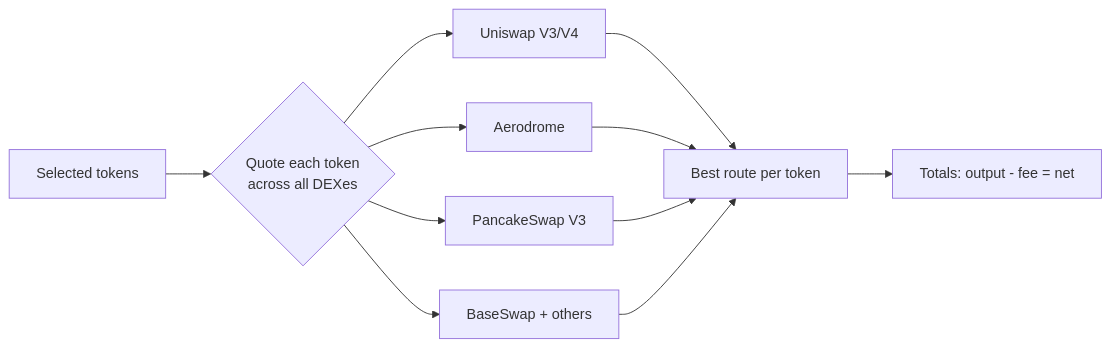
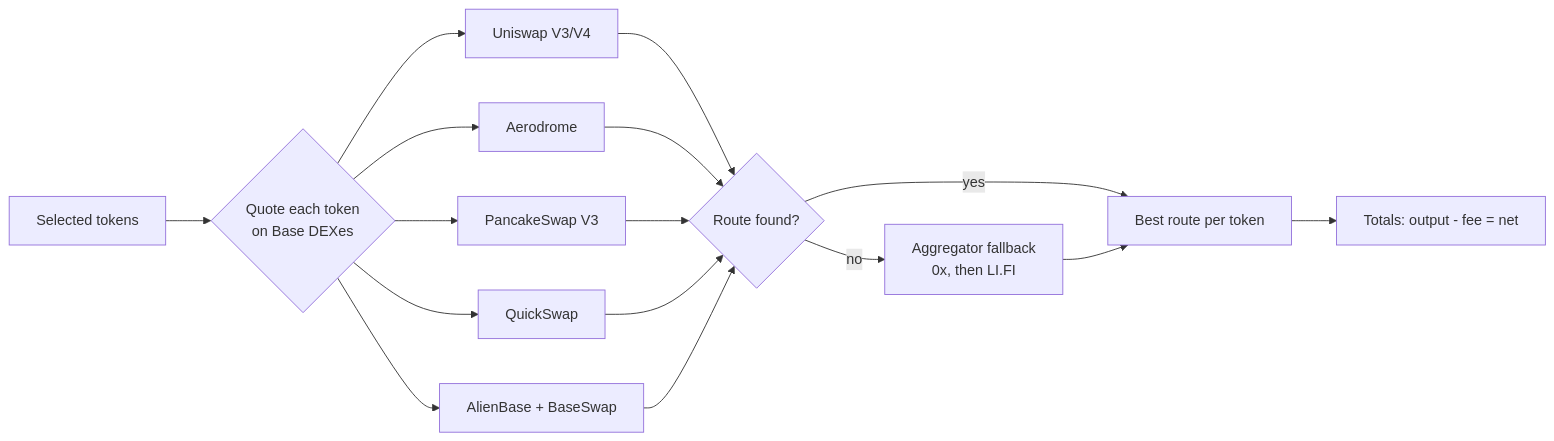
The diagram in docs/docs/dustsweep/understanding-your-quote.md (Hossainraj2002/dustswap), drawn with Mermaid before and after one commit. The commit also changed other lines of this file and 28 other files, not shown here.

````diff
--- a/docs/docs/dustsweep/understanding-your-quote.md
+++ b/docs/docs/dustsweep/understanding-your-quote.md
@@ -19,10 +19,14 @@
 ```mermaid
 flowchart LR
-    T[Selected tokens] --> Q{Quote each token\nacross all DEXes}
+    T[Selected tokens] --> Q{Quote each token\non Base DEXes}
     Q --> U[Uniswap V3/V4]
     Q --> A[Aerodrome]
     Q --> P[PancakeSwap V3]
-    Q --> B[BaseSwap + others]
-    U & A & P & B --> W[Best route per token]
-    W --> S[Totals: output - fee = net]
+    Q --> K[QuickSwap]
+    Q --> B[AlienBase + BaseSwap]
+    U & A & P & K & B --> W{Route found?}
+    W -- yes --> R[Best route per token]
+    W -- no --> G[Aggregator fallback\n0x, then LI.FI]
+    G --> R
+    R --> S[Totals: output - fee = net]
 ```
````
